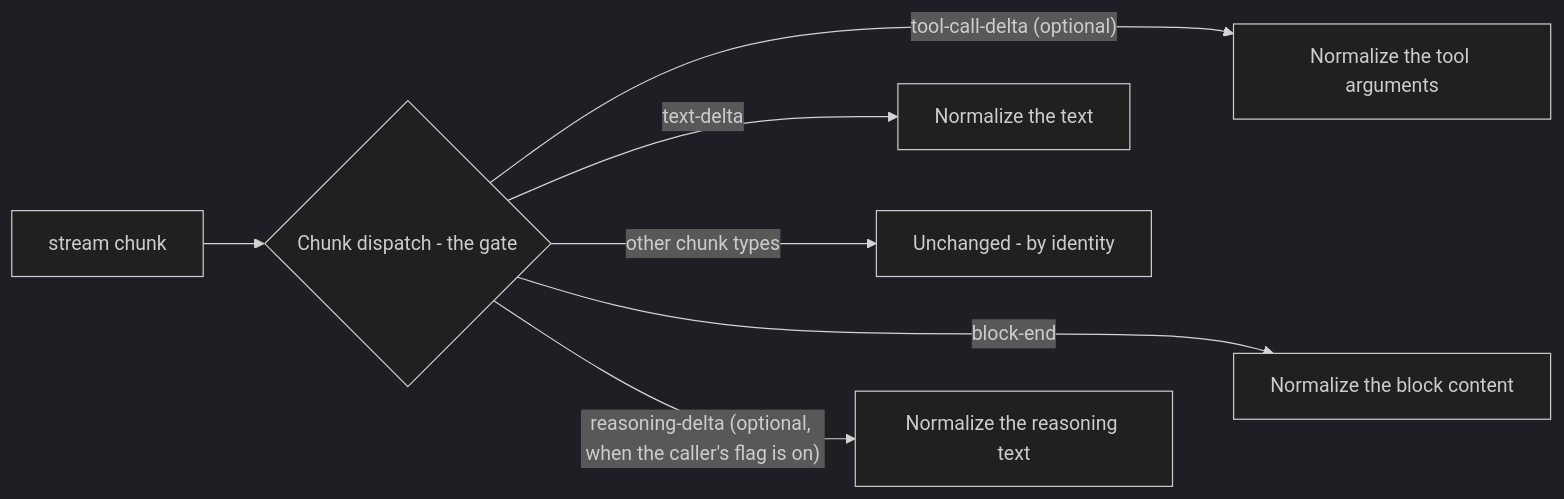
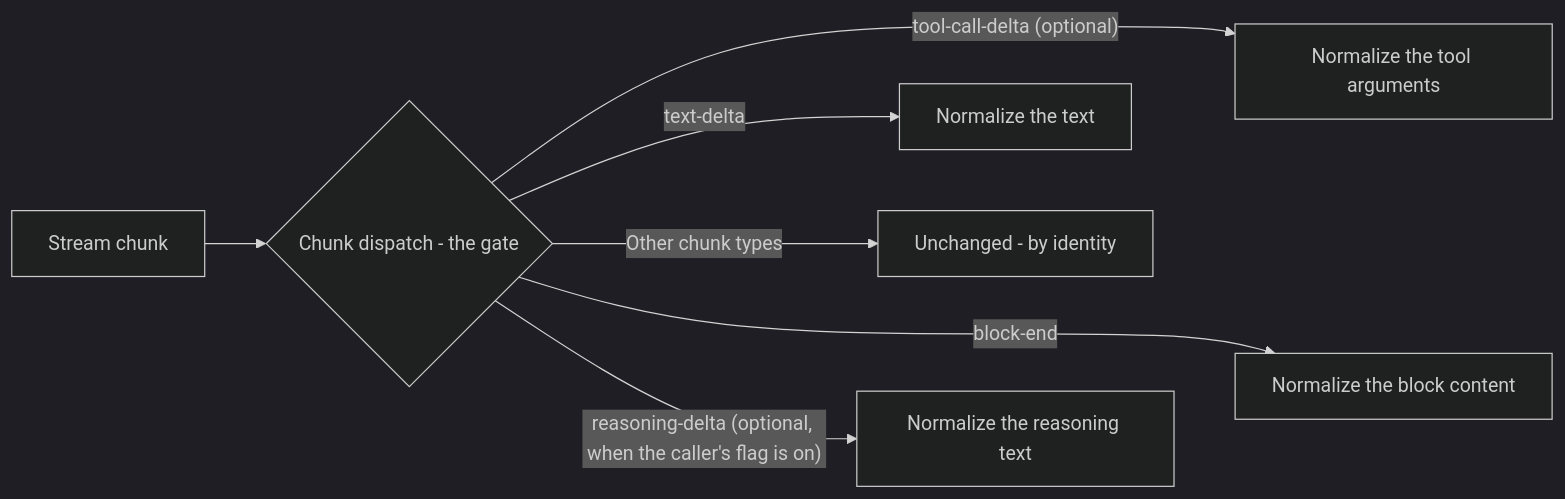
The diagram in Source/Content/Mermaid/core-chunk-dispatch.mmd (PlayForm/Site-DeepSeek), drawn with Mermaid (dark theme) before and after one commit. The commit also changed 80 other files, not shown here.

```diff
--- a/Source/Content/Mermaid/core-chunk-dispatch.mmd
+++ b/Source/Content/Mermaid/core-chunk-dispatch.mmd
@@ -1,12 +1,12 @@
 flowchart LR
-	IN["stream chunk"] --> G{"Chunk dispatch - the gate"}
+	IN["Stream chunk"] --> G{"Chunk dispatch - the gate"}
 	G -- "text-delta" --> T["Normalize the text"]
 	G -- "reasoning-delta (optional, when the caller's flag is on)" --> R["Normalize the reasoning text"]
 	G -- "tool-call-delta (optional)" --> C["Normalize the tool arguments"]
 	G -- "block-end" --> B["Normalize the block content"]
-	G -- "other chunk types" --> I["Unchanged - by identity"]
+	G -- "Other chunk types" --> I["Unchanged - by identity"]
 	%% Invisible layout links only - no semantics. They stagger the five
 	%% dispatch branches across two left-to-right rows so the fan-out
 	%% renders as a wide horizontal band instead of a tall vertical stack.
 	T ~~~ C
 	R ~~~ B
```
